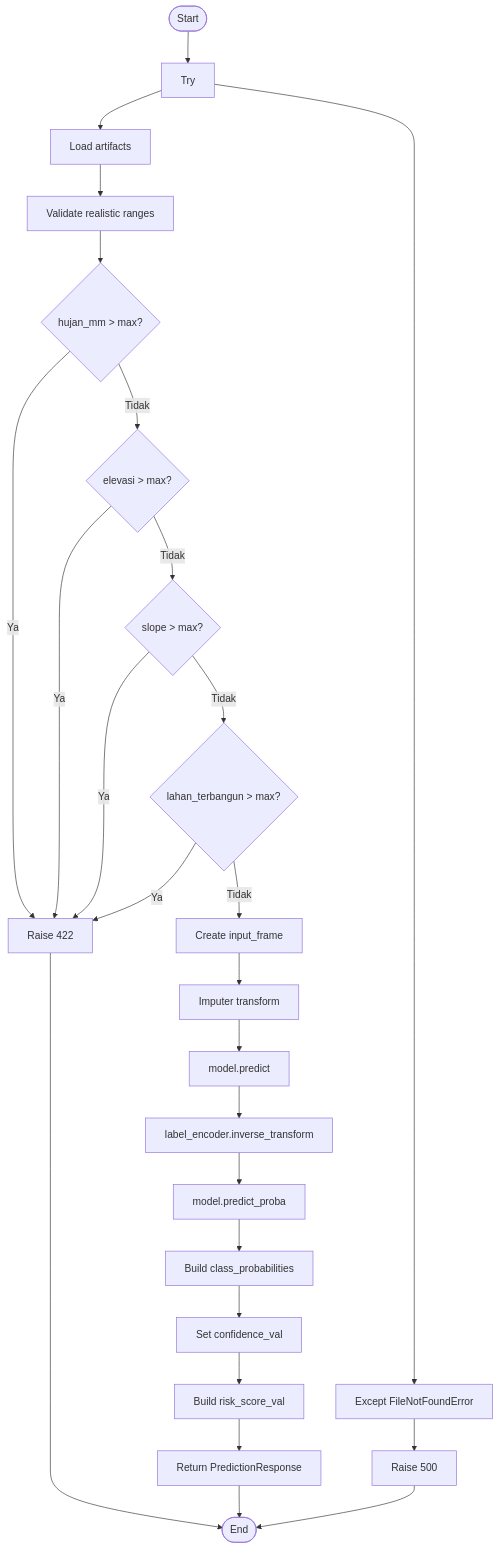
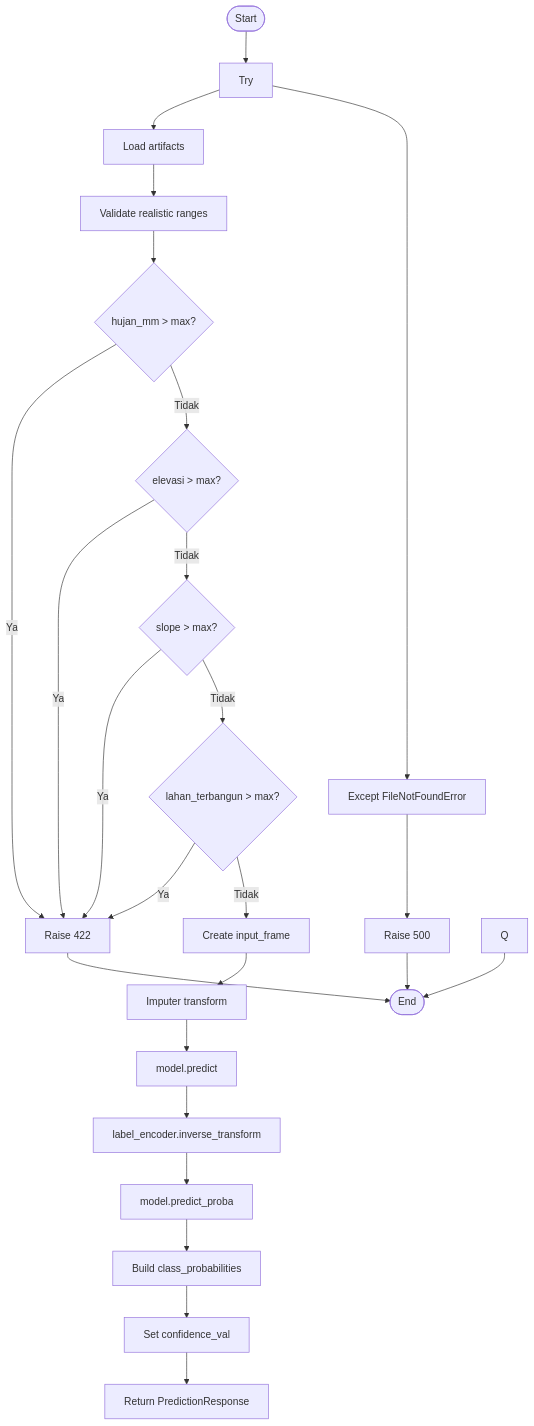
Before and after one commit to SKRIPSI-Afifah/flood_prediction: the diagram in docs/hasil-pengujian-white-box.md, drawn with Mermaid. The commit also changed other lines of this file and 13 other files, not shown here.

````diff
--- a/docs/hasil-pengujian-white-box.md
+++ b/docs/hasil-pengujian-white-box.md
@@ -61,28 +59,27 @@
 ```mermaid
 flowchart TD
     A([Start]) --> B[Try]
     B --> C[Load artifacts]
     C --> D[Validate realistic ranges]
     D --> E{hujan_mm > max?}
     E -->|Ya| Z[Raise 422]
     E -->|Tidak| F{elevasi > max?}
     F -->|Ya| Z
     F -->|Tidak| G{slope > max?}
     G -->|Ya| Z
     G -->|Tidak| H{lahan_terbangun > max?}
     H -->|Ya| Z
     H -->|Tidak| I[Create input_frame]
     I --> J[Imputer transform]
     J --> K[model.predict]
     K --> L[label_encoder.inverse_transform]
     L --> M[model.predict_proba]
     M --> N[Build class_probabilities]
     N --> O[Set confidence_val]
-    O --> P[Build risk_score_val]
-    P --> Q[Return PredictionResponse]
+    O --> P[Return PredictionResponse]
     B --> R[Except FileNotFoundError]
     R --> S[Raise 500]
     Z --> T([End])
     Q --> T
     S --> T
 ```
````
